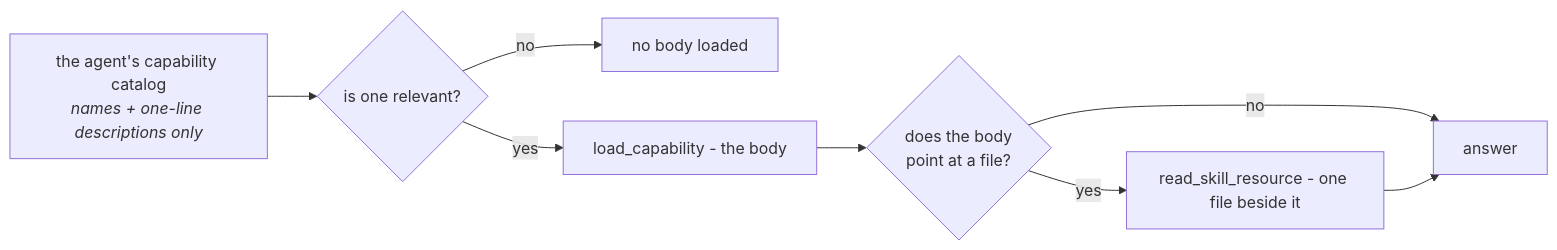
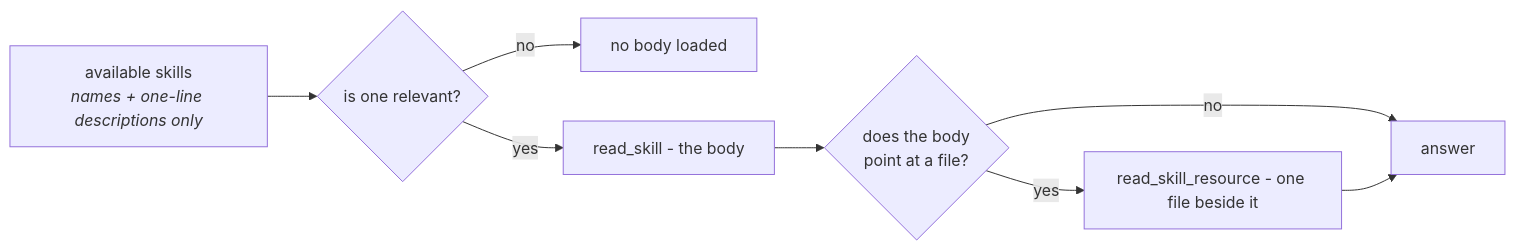
Before and after one commit to vstorm-co/agenticos: the diagram in docs/skills.de.md, drawn with Mermaid. The commit also changed other lines of this file and 56 other files, not shown here.

Commit message:
fix(skills): use skill-specific loading names

````diff
--- a/docs/skills.de.md
+++ b/docs/skills.de.md
@@ -17,10 +17,10 @@
 ```mermaid
 flowchart LR
-    A["the agent's capability catalog<br/><i>names + one-line descriptions only</i>"] --> B{is one relevant?}
+    A["available skills<br/><i>names + one-line descriptions only</i>"] --> B{is one relevant?}
     B -->|no| Z["no body loaded"]
-    B -->|yes| C["load_capability - the body"]
+    B -->|yes| C["read_skill - the body"]
     C --> D{does the body<br/>point at a file?}
     D -->|no| Z2[answer]
     D -->|yes| E["read_skill_resource - one file beside it"]
     E --> Z2
 ```
````
